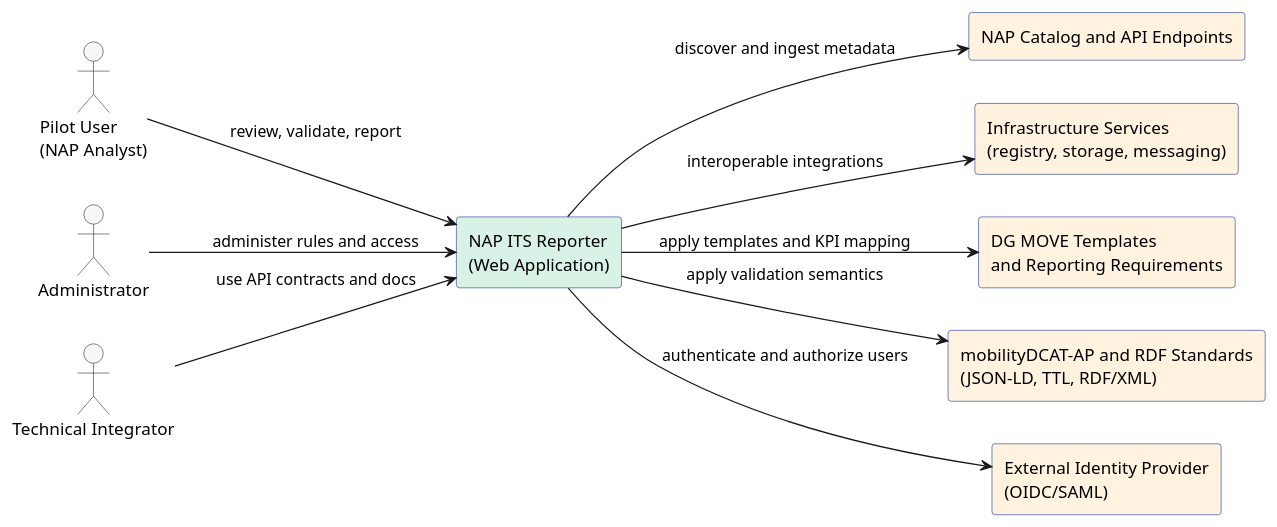
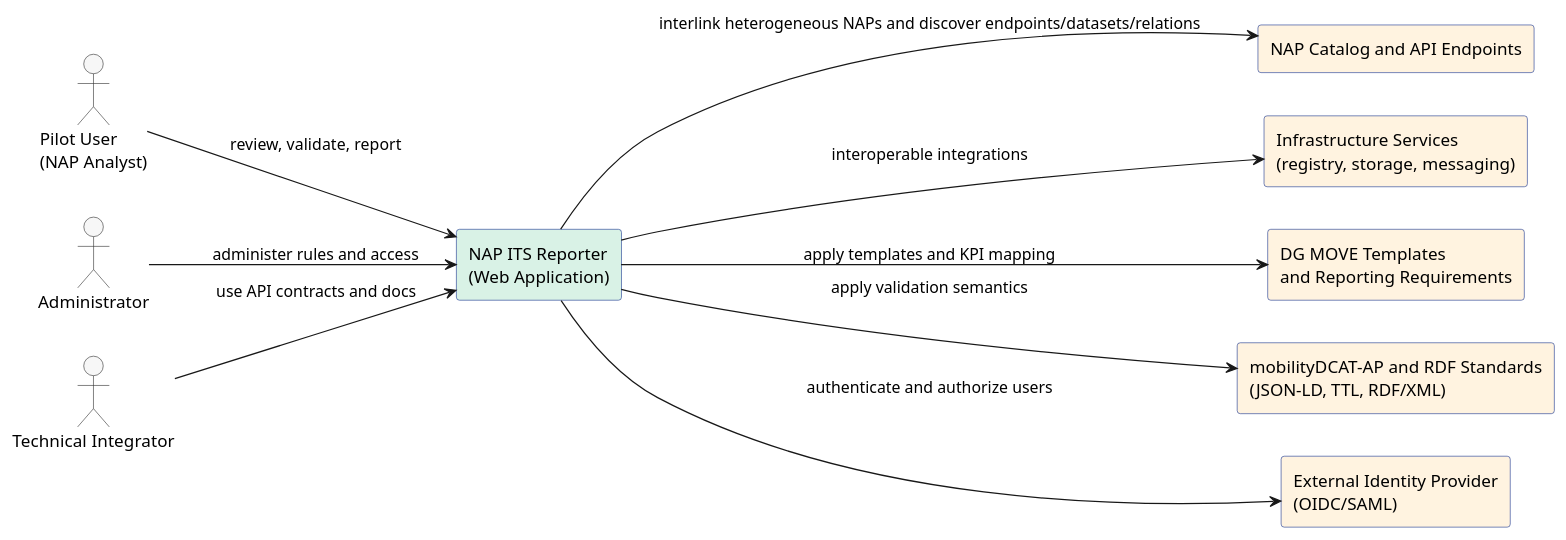
Before and after one commit to UM-KGPI/Napcore-ITS-Reporting: the diagram in Napcore-ITS-Reporting/docs/architecture/puml/system-context.puml, drawn with PlantUML. The commit also changed 5 other files, not shown here.

```diff
--- a/Napcore-ITS-Reporting/docs/architecture/puml/system-context.puml
+++ b/Napcore-ITS-Reporting/docs/architecture/puml/system-context.puml
@@ -1,38 +1,38 @@
 @startuml
 ' System Context (Level 1)
 skinparam shadowing false
 skinparam componentStyle rectangle
 skinparam packageStyle rectangle
 left to right direction
 
 skinparam rectangle {
   BackgroundColor #eef5ff
   BorderColor #1f3a93
 }
 skinparam actor {
   BackgroundColor #f7f7f7
   BorderColor #333333
 }
 
 actor "Pilot User\n(NAP Analyst)" as U1
 actor "Administrator" as U2
 actor "Technical Integrator" as U3
 
 rectangle "NAP ITS Reporter\n(Web Application)" as APP #d9f2e6
 
 rectangle "NAP Catalog and API Endpoints" as NAP #fff3e0
 rectangle "Infrastructure Services\n(registry, storage, messaging)" as INFRA #fff3e0
 rectangle "DG MOVE Templates\nand Reporting Requirements" as DGMOVE #fff3e0
 rectangle "mobilityDCAT-AP and RDF Standards\n(JSON-LD, TTL, RDF/XML)" as STD #fff3e0
 rectangle "External Identity Provider\n(OIDC/SAML)" as IDP #fff3e0
 
 U1 --> APP : review, validate, report
 U2 --> APP : administer rules and access
 U3 --> APP : use API contracts and docs
 
-APP --> NAP : discover and ingest metadata
+APP --> NAP : interlink heterogeneous NAPs and discover endpoints/datasets/relations
 APP --> INFRA : interoperable integrations
 APP --> DGMOVE : apply templates and KPI mapping
 APP --> STD : apply validation semantics
 APP --> IDP : authenticate and authorize users
 @enduml
```
